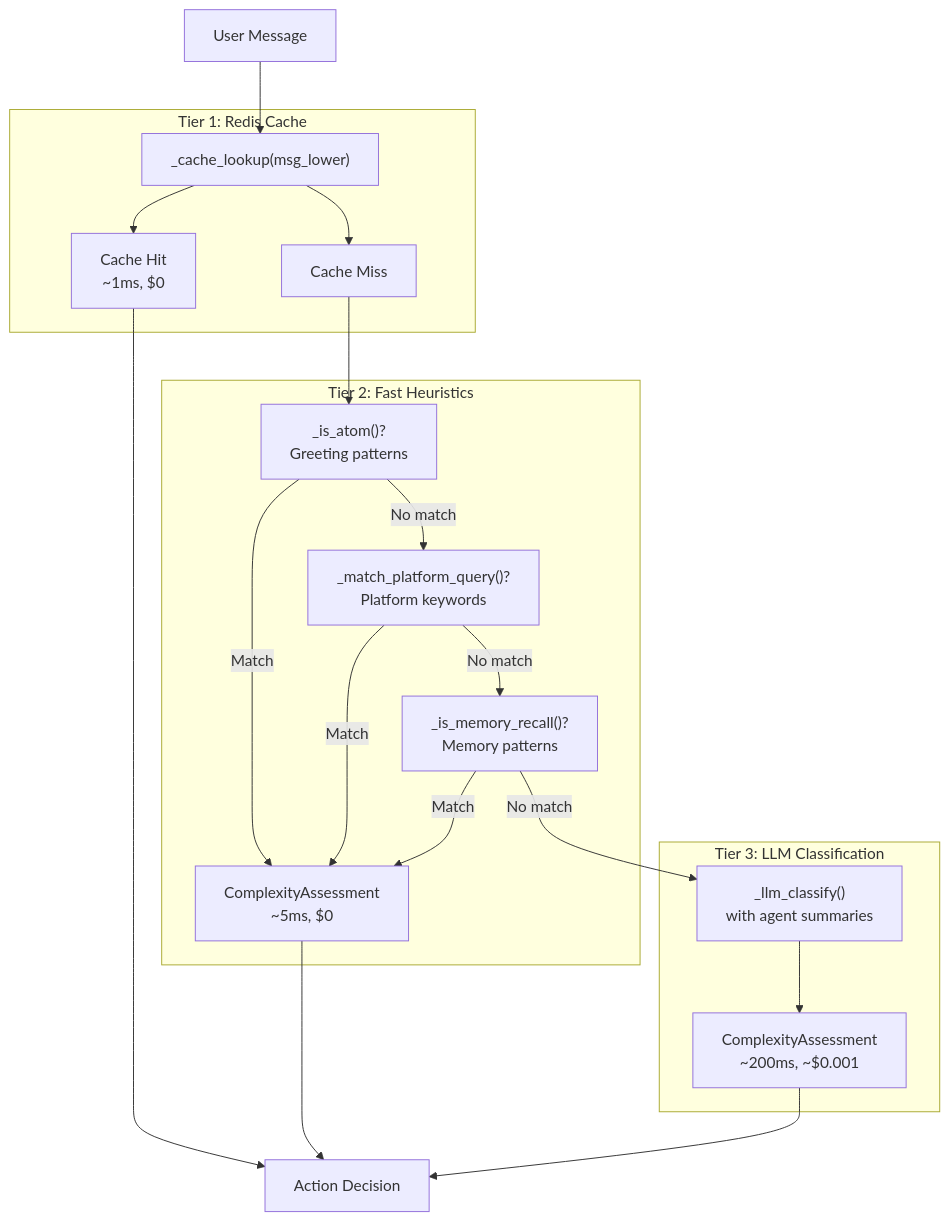
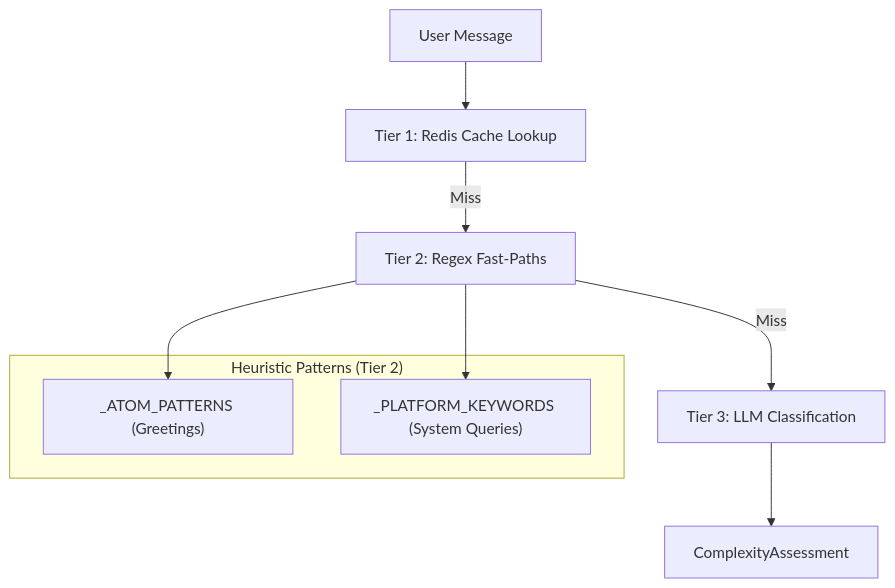
Before and after one commit to AutomatosAI/automatos-ai: the second of 3 diagrams in docs/chat-interface/chat-api-streaming.md, drawn with Mermaid. The commit also changed other lines of this file and 149 other files, not shown here.

Commit message:
docs: refresh documentation with graphify semantic scan

````diff
--- a/docs/chat-interface/chat-api-streaming.md
+++ b/docs/chat-interface/chat-api-streaming.md
@@ -184,41 +131,16 @@
 ```mermaid
-graph TB
-    Request["User Message"]
+graph TD
+    MSG["User Message"] --> T1["Tier 1: Redis Cache Lookup"]
+    T1 -- Miss --> T2["Tier 2: Regex Fast-Paths"]
+    T2 -- Miss --> T3["Tier 3: LLM Classification"]
     
-    subgraph "Tier 1: Redis Cache"
-        CacheCheck["_cache_lookup(msg_lower)"]
-        CacheHit["Cache Hit<br/>~1ms, $0"]
-        CacheMiss["Cache Miss"]
+    subgraph "Heuristic Patterns (Tier 2)"
+        P1["_ATOM_PATTERNS (Greetings)"]
+        P2["_PLATFORM_KEYWORDS (System Queries)"]
     end
     
-    subgraph "Tier 2: Fast Heuristics"
-        AtomCheck["_is_atom()?<br/>Greeting patterns"]
-        PlatformCheck["_match_platform_query()?<br/>Platform keywords"]
-        MemoryCheck["_is_memory_recall()?<br/>Memory patterns"]
-        HeuristicResult["ComplexityAssessment<br/>~5ms, $0"]
-    end
+    T2 --> P1
+    T2 --> P2
     
-    subgraph "Tier 3: LLM Classification"
-        LLMClassify["_llm_classify()<br/>with agent summaries"]
-        LLMResult["ComplexityAssessment<br/>~200ms, ~$0.001"]
-    end
-    
-    Result["Action Decision"]
-    
-    Request --> CacheCheck
-    CacheCheck --> CacheHit
-    CacheCheck --> CacheMiss
-    CacheHit --> Result
-    
-    CacheMiss --> AtomCheck
-    AtomCheck -->|Match| HeuristicResult
-    AtomCheck -->|No match| PlatformCheck
-    PlatformCheck -->|Match| HeuristicResult
-    PlatformCheck -->|No match| MemoryCheck
-    MemoryCheck -->|Match| HeuristicResult
-    MemoryCheck -->|No match| LLMClassify
-    
-    HeuristicResult --> Result
-    LLMClassify --> LLMResult
-    LLMResult --> Result
+    T3 --> Result["ComplexityAssessment"]
 ```
````
